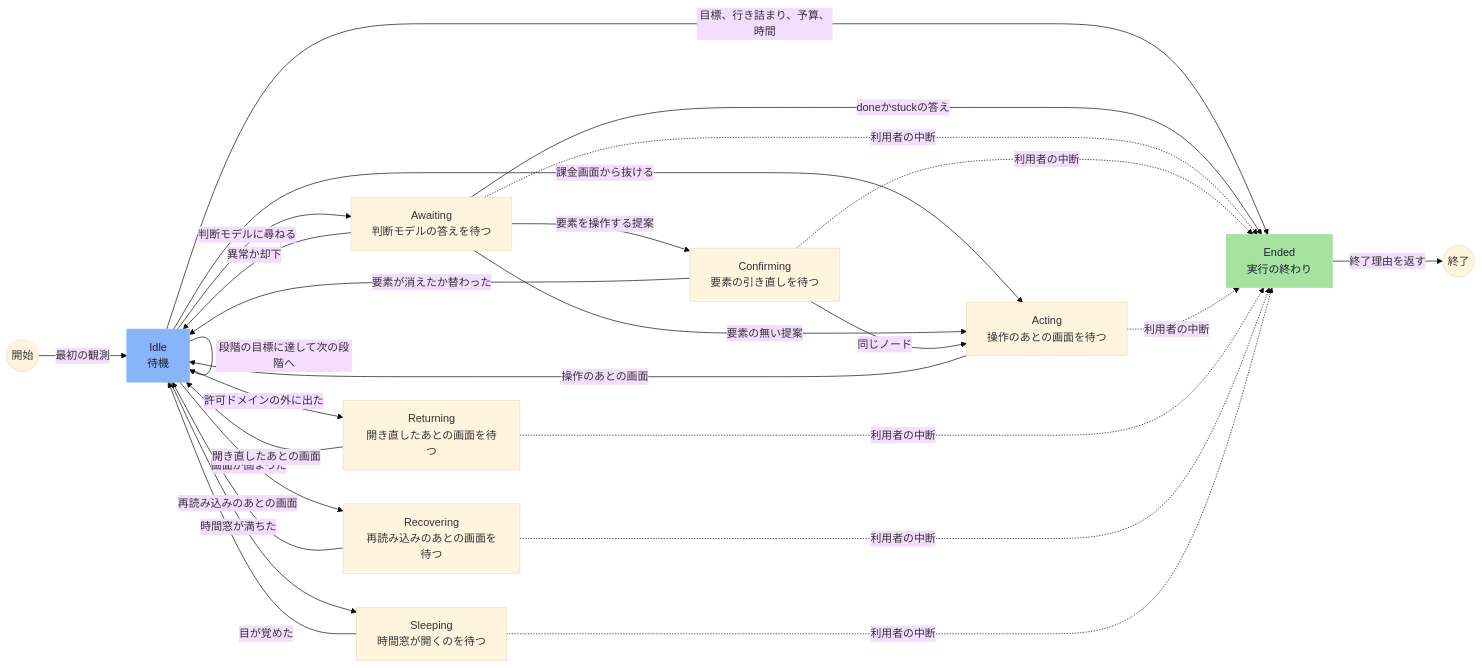
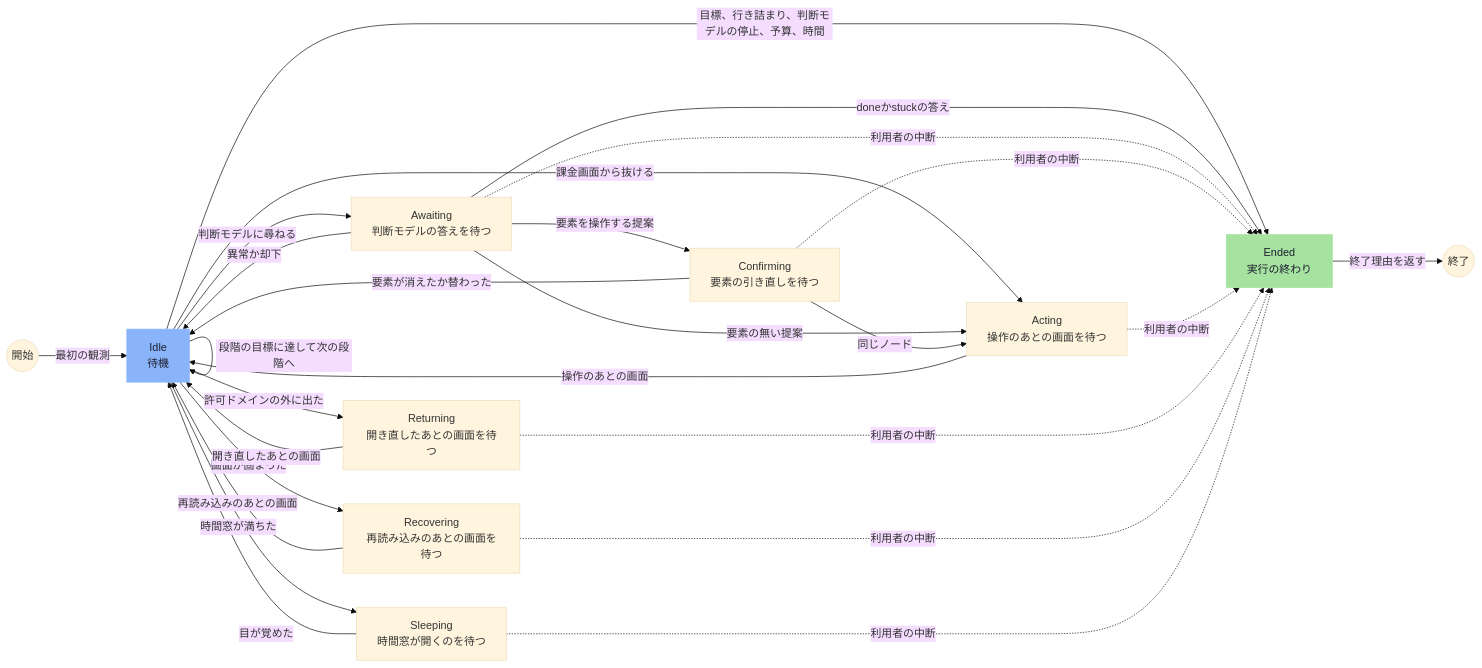
One commit to Hakkadaikon/webqa-explorer changed the diagram in .omm/state-transitions/diagram.mmd. Above: the diagram before and after it, drawn with Mermaid (base theme). The commit also changed 7 other files, not shown here.

```diff
--- a/.omm/state-transitions/diagram.mmd
+++ b/.omm/state-transitions/diagram.mmd
@@ -1,38 +1,38 @@
 graph LR
     begin(("開始"))
     idle["Idle\n待機"]:::entry
     awaiting["Awaiting\n判断モデルの答えを待つ"]
     confirming["Confirming\n要素の引き直しを待つ"]
     acting["Acting\n操作のあとの画面を待つ"]
     returning["Returning\n開き直したあとの画面を待つ"]
     recovering["Recovering\n再読み込みのあとの画面を待つ"]
     sleeping["Sleeping\n時間窓が開くのを待つ"]
     ended["Ended\n実行の終わり"]:::store
     finish(("終了"))
     begin -->|"最初の観測"| idle
     idle -->|"段階の目標に達して次の段階へ"| idle
     idle -->|"判断モデルに尋ねる"| awaiting
     idle -->|"時間窓が満ちた"| sleeping
     idle -->|"画面が固まった"| recovering
     idle -->|"許可ドメインの外に出た"| returning
     idle -->|"課金画面から抜ける"| acting
-    idle -->|"目標、行き詰まり、予算、時間"| ended
+    idle -->|"目標、行き詰まり、判断モデルの停止、予算、時間"| ended
     awaiting -->|"異常か却下"| idle
     awaiting -->|"要素を操作する提案"| confirming
     awaiting -->|"要素の無い提案"| acting
     awaiting -->|"doneかstuckの答え"| ended
     confirming -->|"同じノード"| acting
     confirming -->|"要素が消えたか替わった"| idle
     acting -->|"操作のあとの画面"| idle
     returning -->|"開き直したあとの画面"| idle
     recovering -->|"再読み込みのあとの画面"| idle
     sleeping -->|"目が覚めた"| idle
     awaiting -.->|"利用者の中断"| ended
     confirming -.->|"利用者の中断"| ended
     acting -.->|"利用者の中断"| ended
     returning -.->|"利用者の中断"| ended
     recovering -.->|"利用者の中断"| ended
     sleeping -.->|"利用者の中断"| ended
     ended -->|"終了理由を返す"| finish
     classDef entry fill:#89b4fa,stroke:#89b4fa,color:#1e1e2e
     classDef store fill:#a6e3a1,stroke:#a6e3a1,color:#1e1e2e
```
